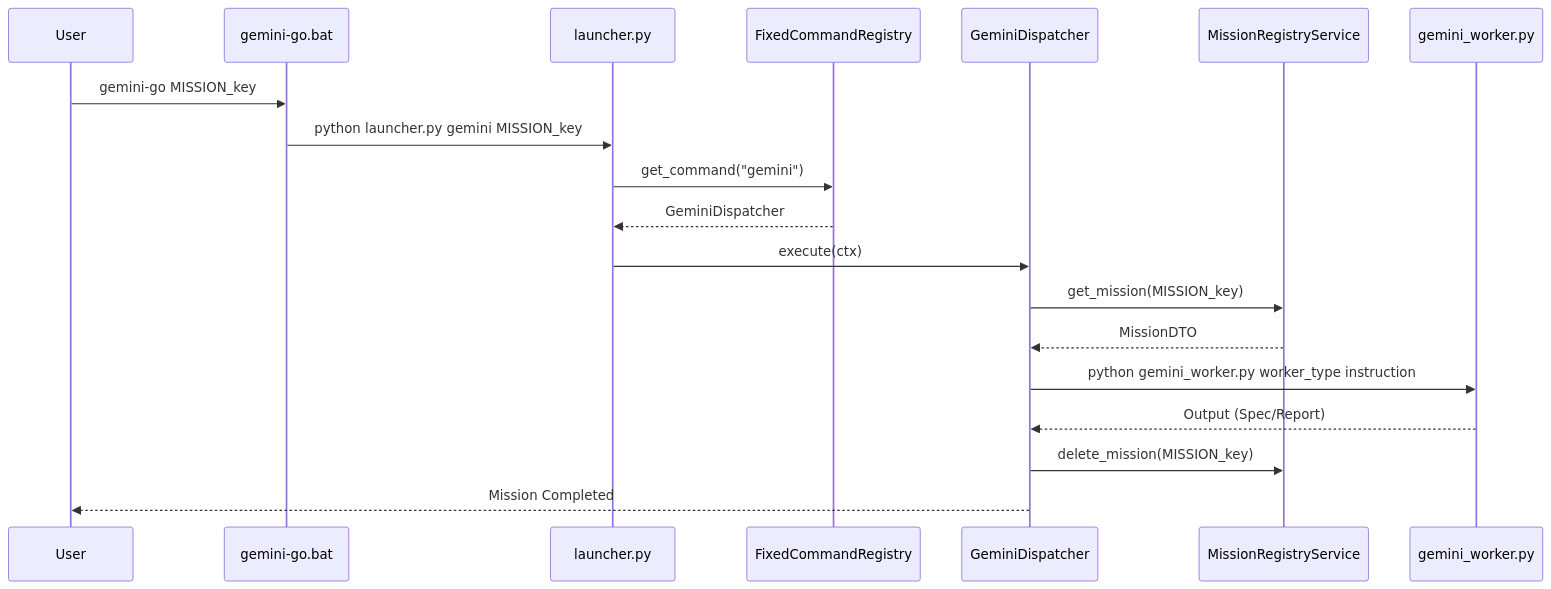
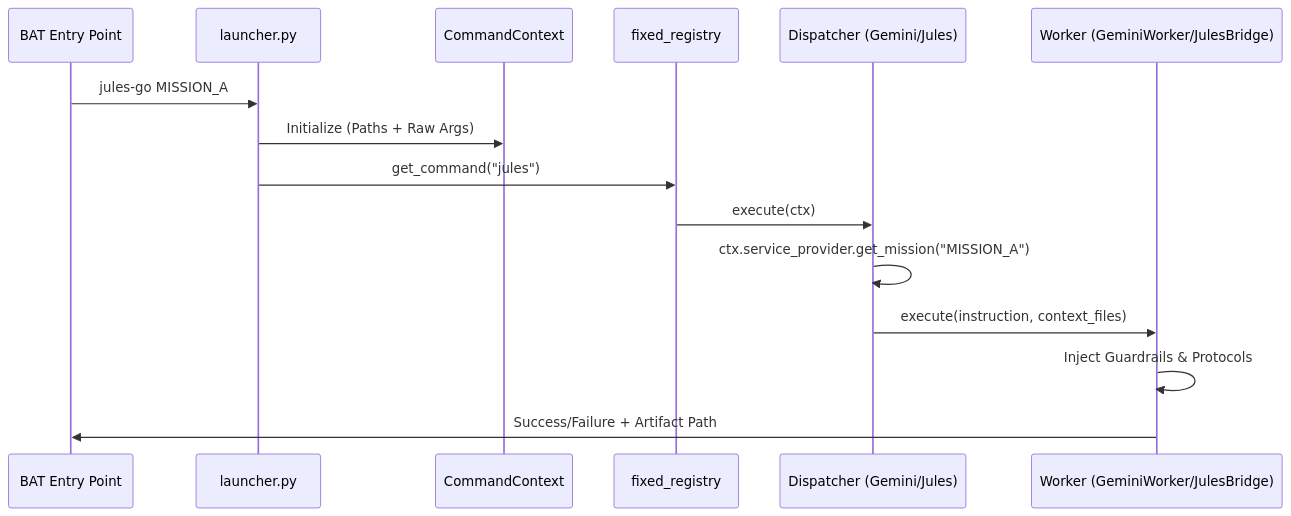
The diagram in reports/INFRA_HANDOVER_REPORT.md (Hoonys101/economics), drawn with Mermaid before and after one commit. The commit also changed other lines of this file and 15 other files, not shown here.

````diff
--- a/reports/INFRA_HANDOVER_REPORT.md
+++ b/reports/INFRA_HANDOVER_REPORT.md
@@ -73,22 +75,18 @@
 ```mermaid
 sequenceDiagram
-    participant User
-    participant BAT as gemini-go.bat
-    participant Launcher as launcher.py
-    participant Registry as FixedCommandRegistry
-    participant Dispatcher as GeminiDispatcher
-    participant Service as MissionRegistryService
-    participant Worker as gemini_worker.py
+    participant CLI as BAT Entry Point
+    participant L as launcher.py
+    participant C as CommandContext
+    participant R as fixed_registry
+    participant D as Dispatcher (Gemini/Jules)
+    participant W as Worker (GeminiWorker/JulesBridge)
 
-    User->>BAT: gemini-go MISSION_key
-    BAT->>Launcher: python launcher.py gemini MISSION_key
-    Launcher->>Registry: get_command("gemini")
-    Registry-->>Launcher: GeminiDispatcher
-    Launcher->>Dispatcher: execute(ctx)
-    Dispatcher->>Service: get_mission(MISSION_key)
-    Service-->>Dispatcher: MissionDTO
-    Dispatcher->>Worker: python gemini_worker.py worker_type instruction
-    Worker-->>Dispatcher: Output (Spec/Report)
-    Dispatcher->>Service: delete_mission(MISSION_key)
-    Dispatcher-->>User: Mission Completed
+    CLI->>L: jules-go MISSION_A
+    L->>C: Initialize (Paths + Raw Args)
+    L->>R: get_command("jules")
+    R->>D: execute(ctx)
+    D->>D: ctx.service_provider.get_mission("MISSION_A")
+    D->>W: execute(instruction, context_files)
+    W->>W: Inject Guardrails & Protocols
+    W->>CLI: Success/Failure + Artifact Path
 ```
````
